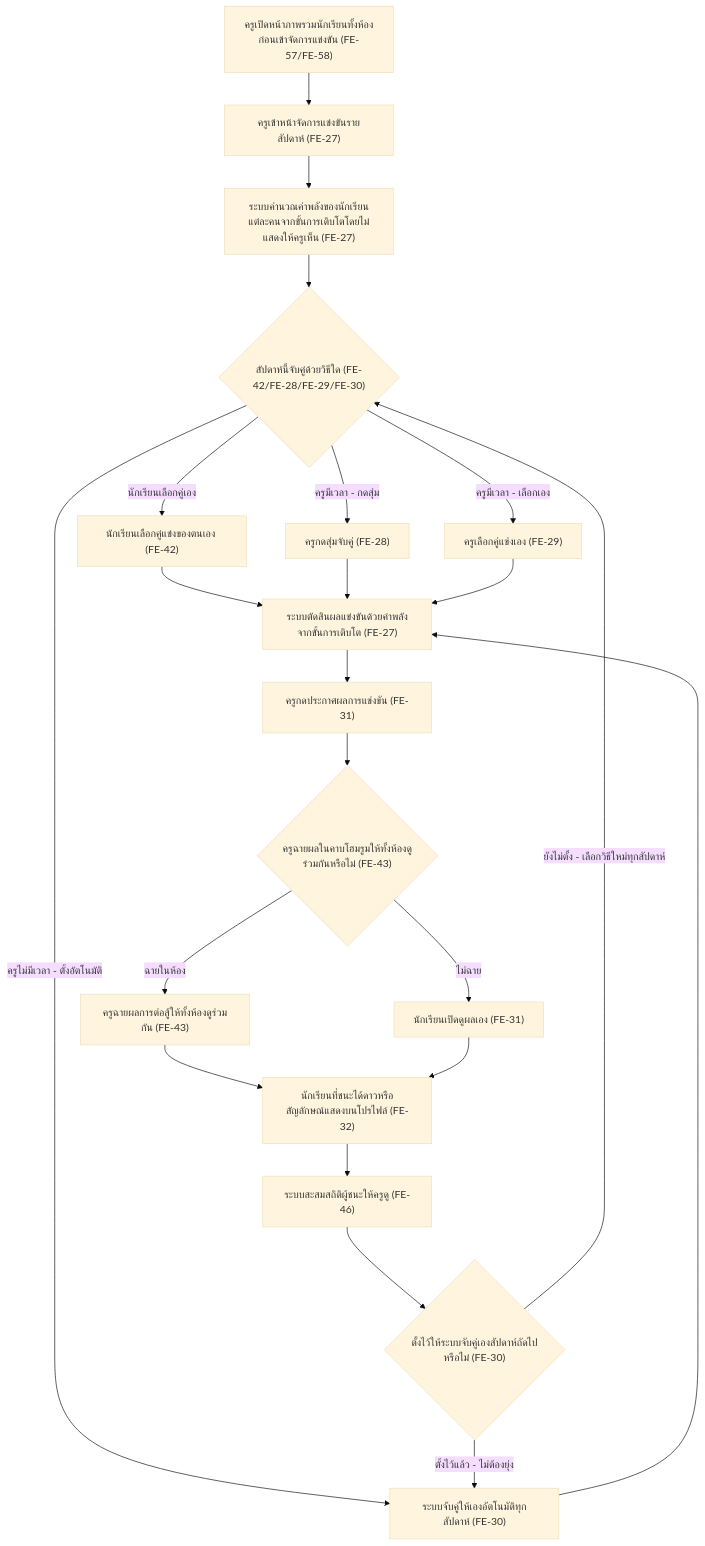
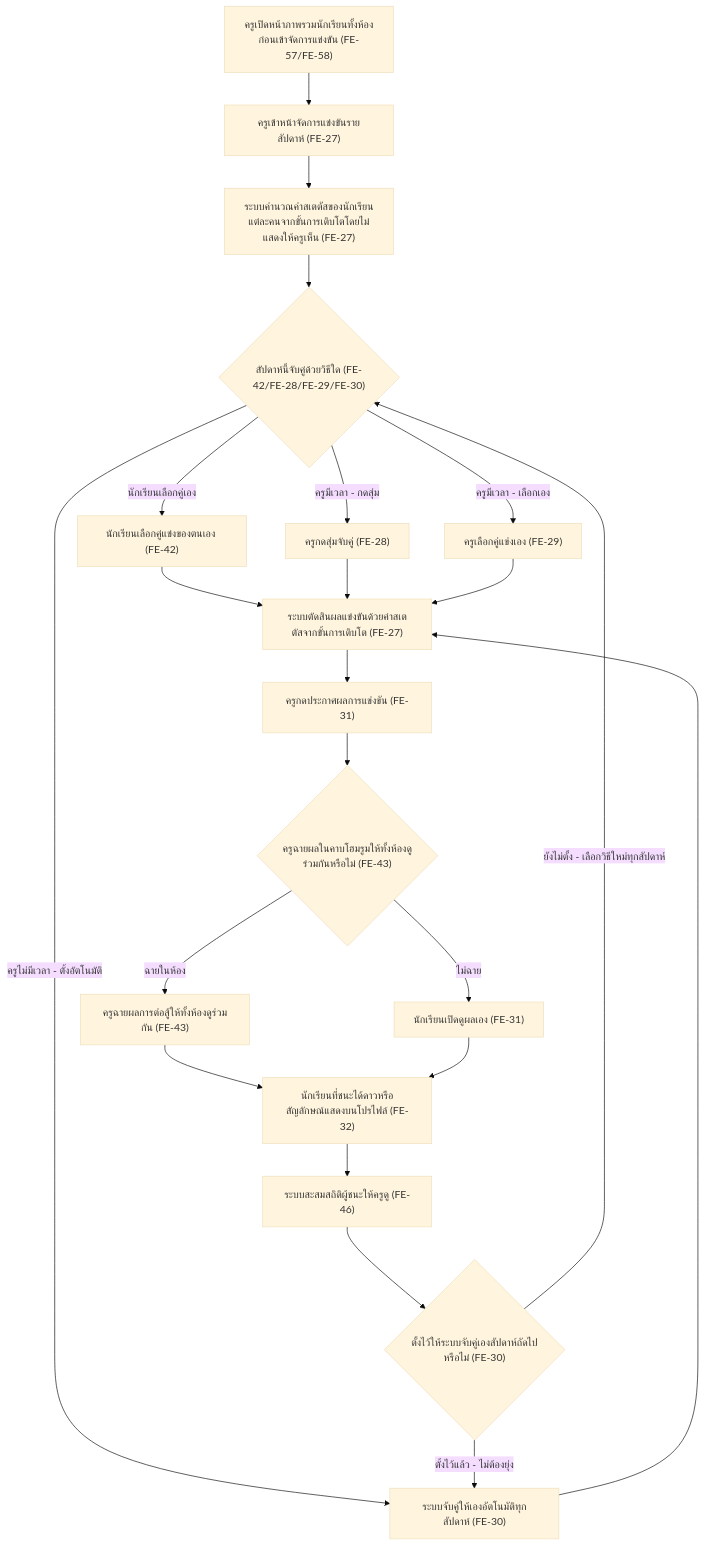
One commit to chanwitwon-ops/war-point changed the third of 4 diagrams in docs/01-requirements/user-journey.md. Above: the diagram before and after it, drawn with Mermaid (base theme). The commit also changed other lines of this file and 8 other files, not shown here.

````diff
--- a/docs/01-requirements/user-journey.md
+++ b/docs/01-requirements/user-journey.md
@@ -185,24 +193,24 @@
 ```mermaid
 flowchart TD
     A0["ครูเปิดหน้าภาพรวมนักเรียนทั้งห้องก่อนเข้าจัดการแข่งขัน (FE-57/FE-58)"] --> A["ครูเข้าหน้าจัดการแข่งขันรายสัปดาห์ (FE-27)"]
-    A --> B["ระบบคำนวณค่าพลังของนักเรียนแต่ละคนจากขั้นการเติบโตโดยไม่แสดงให้ครูเห็น (FE-27)"]
+    A --> B["ระบบคำนวณค่าสเตตัสของนักเรียนแต่ละคนจากขั้นการเติบโตโดยไม่แสดงให้ครูเห็น (FE-27)"]
     B --> C{"สัปดาห์นี้จับคู่ด้วยวิธีใด (FE-42/FE-28/FE-29/FE-30)"}
     C -->|"นักเรียนเลือกคู่เอง"| D["นักเรียนเลือกคู่แข่งของตนเอง (FE-42)"]
     C -->|"ครูมีเวลา - กดสุ่ม"| E["ครูกดสุ่มจับคู่ (FE-28)"]
     C -->|"ครูมีเวลา - เลือกเอง"| F["ครูเลือกคู่แข่งเอง (FE-29)"]
     C -->|"ครูไม่มีเวลา - ตั้งอัตโนมัติ"| G["ระบบจับคู่ให้เองอัตโนมัติทุกสัปดาห์ (FE-30)"]
-    D --> H["ระบบตัดสินผลแข่งขันด้วยค่าพลังจากขั้นการเติบโต (FE-27)"]
+    D --> H["ระบบตัดสินผลแข่งขันด้วยค่าสเตตัสจากขั้นการเติบโต (FE-27)"]
     E --> H
     F --> H
     G --> H
     H --> I["ครูกดประกาศผลการแข่งขัน (FE-31)"]
     I --> J{"ครูฉายผลในคาบโฮมรูมให้ทั้งห้องดูร่วมกันหรือไม่ (FE-43)"}
     J -->|"ฉายในห้อง"| K["ครูฉายผลการต่อสู้ให้ทั้งห้องดูร่วมกัน (FE-43)"]
     J -->|"ไม่ฉาย"| L["นักเรียนเปิดดูผลเอง (FE-31)"]
     K --> M["นักเรียนที่ชนะได้ดาวหรือสัญลักษณ์แสดงบนโปรไฟล์ (FE-32)"]
     L --> M
     M --> N["ระบบสะสมสถิติผู้ชนะให้ครูดู (FE-46)"]
     N --> O{"ตั้งไว้ให้ระบบจับคู่เองสัปดาห์ถัดไปหรือไม่ (FE-30)"}
     O -->|"ตั้งไว้แล้ว - ไม่ต้องยุ่ง"| G
     O -->|"ยังไม่ตั้ง - เลือกวิธีใหม่ทุกสัปดาห์"| C
 ```
````
